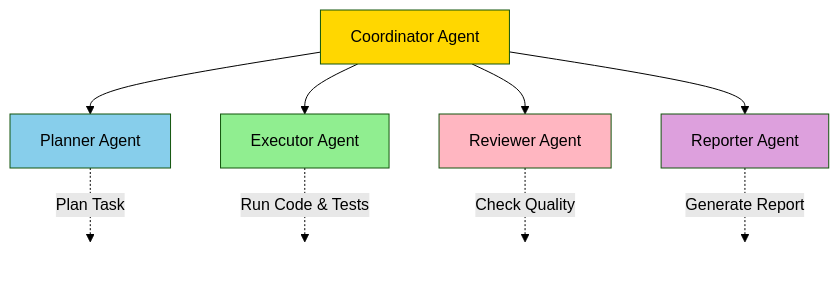
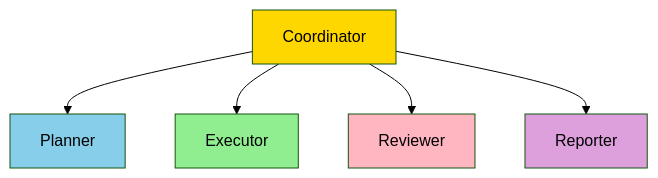
Before and after one commit to Algiras/vs-zinios-conference-2025-11-18: diagram 13 of 13 in slides/presentation.md, drawn with Mermaid (forest theme). The commit also changed other lines of this file and 1 other file, not shown here.

````diff
--- a/slides/presentation.md
+++ b/slides/presentation.md
@@ -1124,22 +1213,13 @@
 ```mermaid
 graph TD
-    COORD[Coordinator Agent] --> PLANNER[Planner Agent]
-    COORD --> EXECUTOR[Executor Agent]
-    COORD --> REVIEWER[Reviewer Agent]
-    COORD --> REPORTER[Reporter Agent]
-    
-    PLANNER -.->|Plan Task| P_OUT[ ]
-    EXECUTOR -.->|Run Code & Tests| E_OUT[ ]
-    REVIEWER -.->|Check Quality| R_OUT[ ]
-    REPORTER -.->|Generate Report| REP_OUT[ ]
+    COORD[Coordinator] --> PLANNER[Planner]
+    COORD --> EXECUTOR[Executor]
+    COORD --> REVIEWER[Reviewer]
+    COORD --> REPORTER[Reporter]
     
     style COORD fill:#FFD700
     style PLANNER fill:#87CEEB
     style EXECUTOR fill:#90EE90
     style REVIEWER fill:#FFB6C1
     style REPORTER fill:#DDA0DD
-    style P_OUT fill:none,stroke:none
-    style E_OUT fill:none,stroke:none
-    style R_OUT fill:none,stroke:none
-    style REP_OUT fill:none,stroke:none
 ```
````
